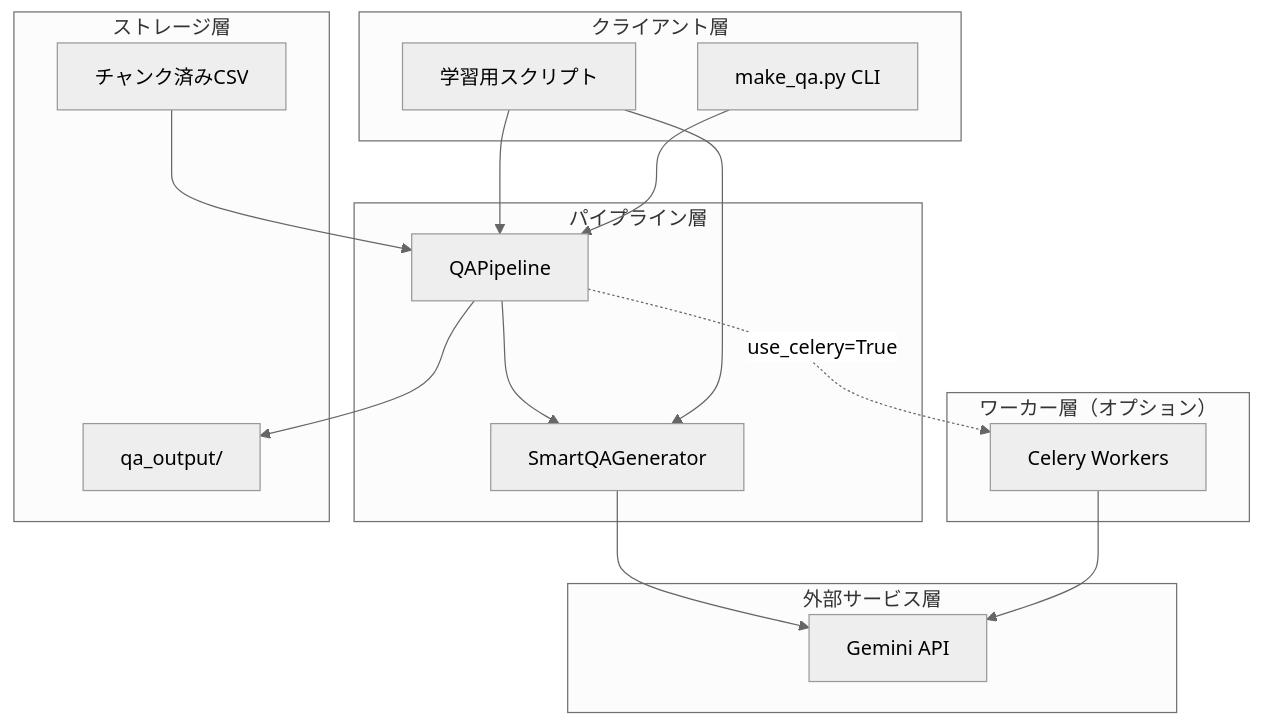
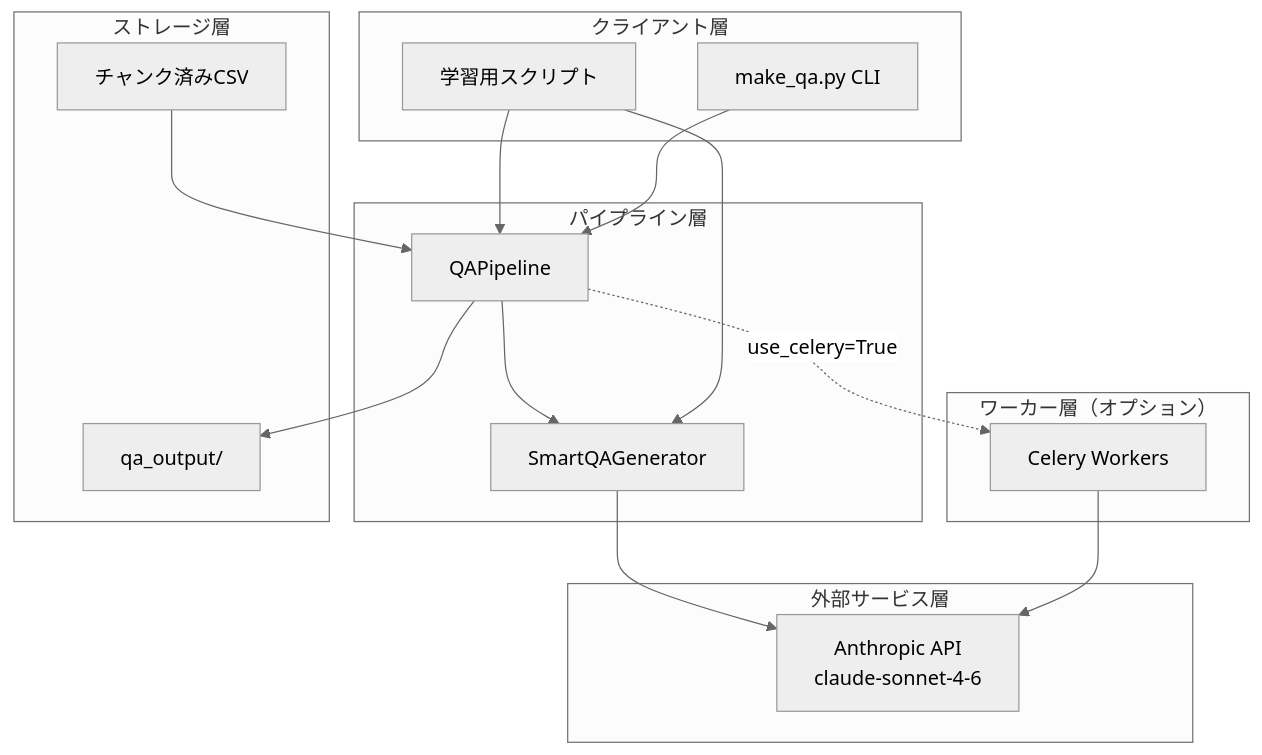
The first of 8 diagrams in qa_qdrant/docs/make_qa_qapipeline.md (nakashima2toshio/grace_v2), drawn with Mermaid (neutral theme) before and after one commit. The commit also changed other lines of this file and 8 other files, not shown here.

````diff
--- a/qa_qdrant/docs/make_qa_qapipeline.md
+++ b/qa_qdrant/docs/make_qa_qapipeline.md
@@ -64,35 +64,35 @@
 ```mermaid
 flowchart TB
     subgraph CLIENT["クライアント層"]
         CLI[make_qa.py CLI]
         SCRIPT[学習用スクリプト]
     end
 
     subgraph PIPELINE["パイプライン層"]
         QA_PIPE[QAPipeline]
         SMART_GEN[SmartQAGenerator]
     end
 
     subgraph WORKER["ワーカー層（オプション）"]
         CELERY[Celery Workers]
     end
 
     subgraph EXTERNAL["外部サービス層"]
-        GEMINI[Gemini API]
+        GEMINI[Anthropic API<br>claude-sonnet-4-6]
     end
 
     subgraph STORAGE["ストレージ層"]
         INPUT[チャンク済みCSV]
         OUTPUT[qa_output/]
     end
 
     CLI --> QA_PIPE
     SCRIPT --> QA_PIPE
     SCRIPT --> SMART_GEN
     QA_PIPE --> SMART_GEN
     QA_PIPE -.->|use_celery=True| CELERY
     CELERY --> GEMINI
     SMART_GEN --> GEMINI
     INPUT --> QA_PIPE
     QA_PIPE --> OUTPUT
 ```
````
